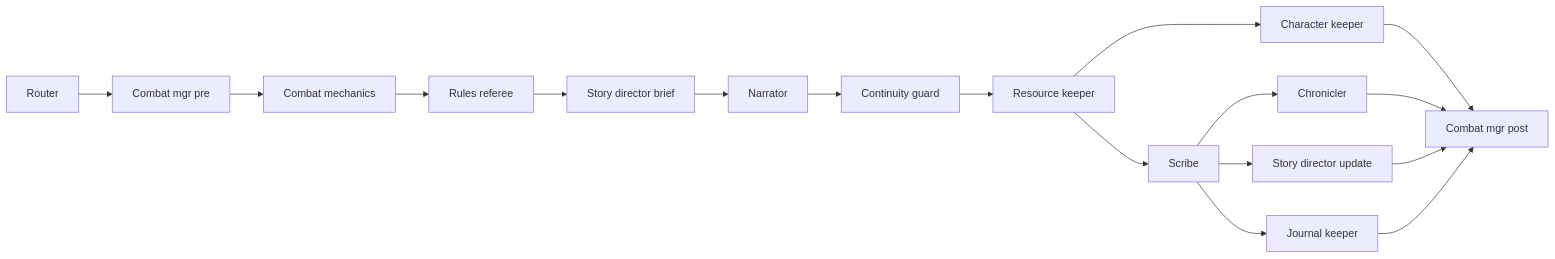
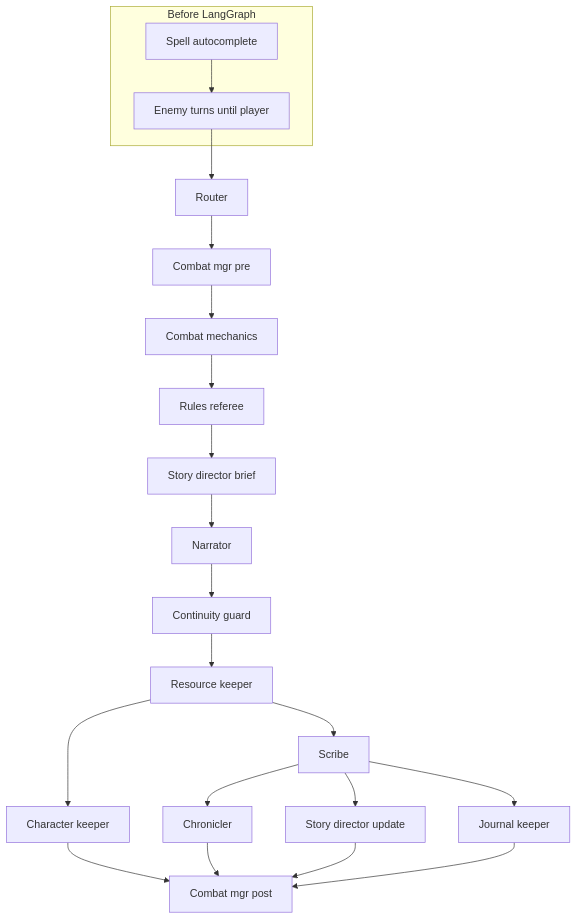
One commit to Celssi/auto-dm changed the second of 4 diagrams in README.md. Above: the diagram before and after it, drawn with Mermaid. The commit also changed other lines of this file, not shown here.

First line of the commit message:
Update README to match current architecture and features.

````diff
--- a/README.md
+++ b/README.md
@@ -71,19 +83,27 @@
 ```mermaid
-flowchart LR
+flowchart TB
+    subgraph Pre["Before LangGraph"]
+        SA[Spell autocomplete]
+        ET[Enemy turns until player]
+    end
+
     R[Router] --> CP[Combat mgr pre]
     CP --> C[Combat mechanics]
     C --> RF[Rules referee]
     RF --> SB[Story director brief]
     SB --> N[Narrator]
     N --> CG[Continuity guard]
     CG --> RK[Resource keeper]
     RK --> K[Character keeper]
     RK --> S[Scribe]
     S --> CH[Chronicler]
     S --> SD[Story director update]
     S --> J[Journal keeper]
     K --> CM[Combat mgr post]
     CH --> CM
     SD --> CM
     J --> CM
+
+    SA --> ET
+    ET --> R
 ```
````
